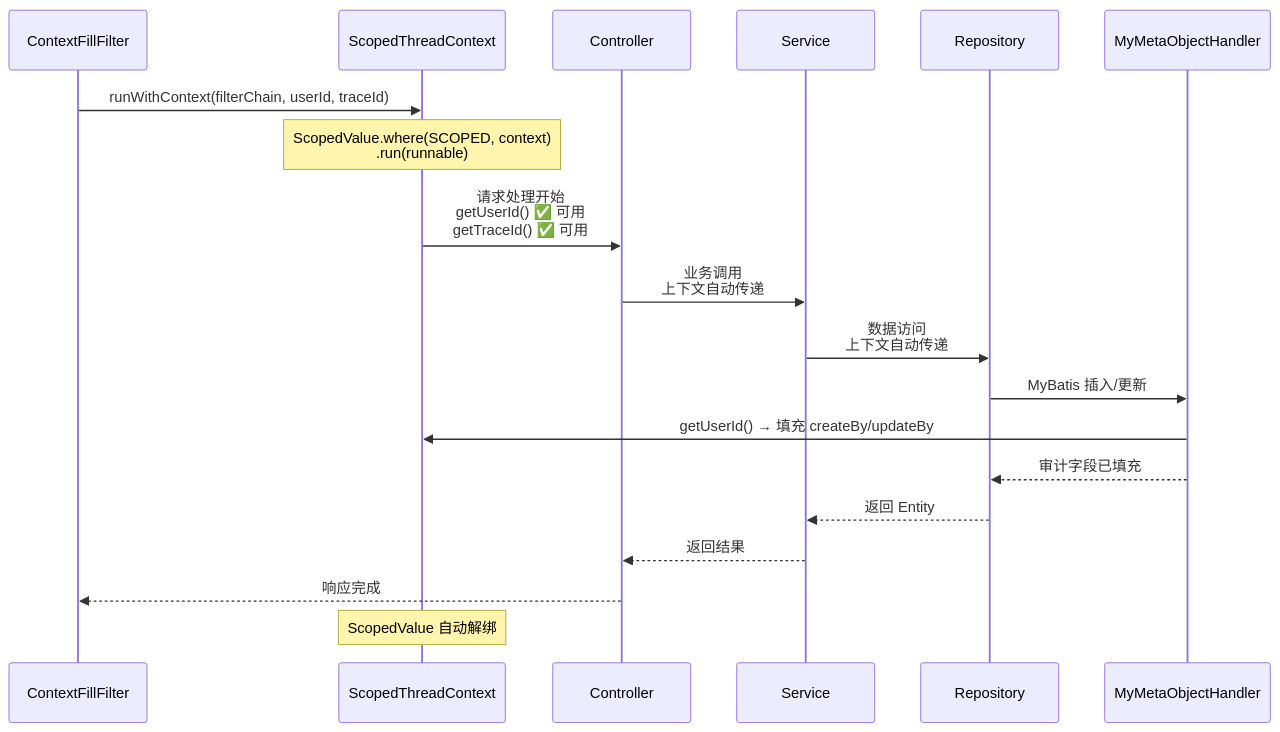
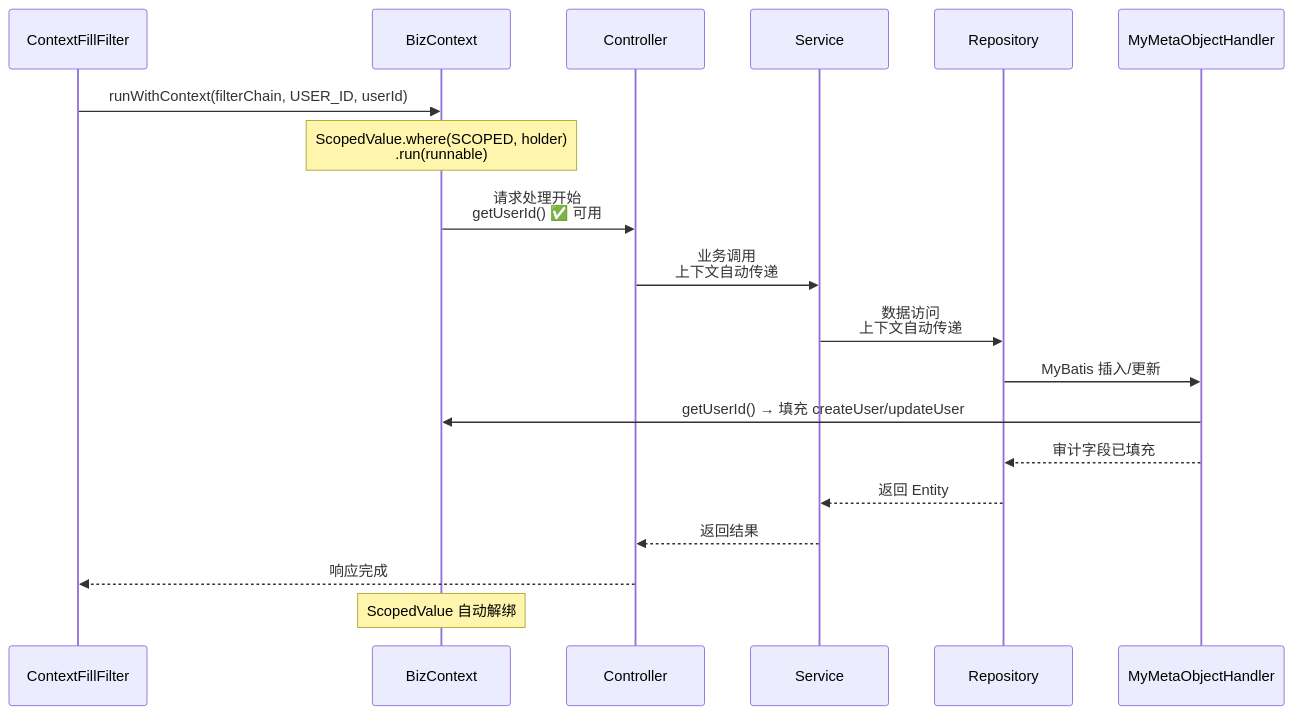
The second of 3 diagrams in docs/architecture/thread-context.md (LeoNardo-LB/web-quick-start-light), drawn with Mermaid before and after one commit. The commit also changed other lines of this file and 26 other files, not shown here.

First line of the commit message:
docs: 修复 27 个文件的大规模文档漂移（ScopedThreadContext→BizContext、Micrometer→OTel、middleware→component）

````diff
--- a/docs/architecture/thread-context.md
+++ b/docs/architecture/thread-context.md
@@ -60,22 +63,22 @@
 ```mermaid
 sequenceDiagram
     participant Filter as ContextFillFilter
-    participant Ctx as ScopedThreadContext
+    participant Ctx as BizContext
     participant Ctrl as Controller
     participant Svc as Service
     participant Repo as Repository
     participant MH as MyMetaObjectHandler
 
-    Filter->>Ctx: runWithContext(filterChain, userId, traceId)
-    Note over Ctx: ScopedValue.where(SCOPED, context)<br/>.run(runnable)
-    Ctx->>Ctrl: 请求处理开始<br/>getUserId() ✅ 可用<br/>getTraceId() ✅ 可用
+    Filter->>Ctx: runWithContext(filterChain, USER_ID, userId)
+    Note over Ctx: ScopedValue.where(SCOPED, holder)<br/>.run(runnable)
+    Ctx->>Ctrl: 请求处理开始<br/>getUserId() ✅ 可用
     Ctrl->>Svc: 业务调用<br/>上下文自动传递
     Svc->>Repo: 数据访问<br/>上下文自动传递
     Repo->>MH: MyBatis 插入/更新
-    MH->>Ctx: getUserId() → 填充 createBy/updateBy
+    MH->>Ctx: getUserId() → 填充 createUser/updateUser
     MH-->>Repo: 审计字段已填充
     Repo-->>Svc: 返回 Entity
     Svc-->>Ctrl: 返回结果
     Ctrl-->>Filter: 响应完成
     Note over Ctx: ScopedValue 自动解绑
 ```
````
